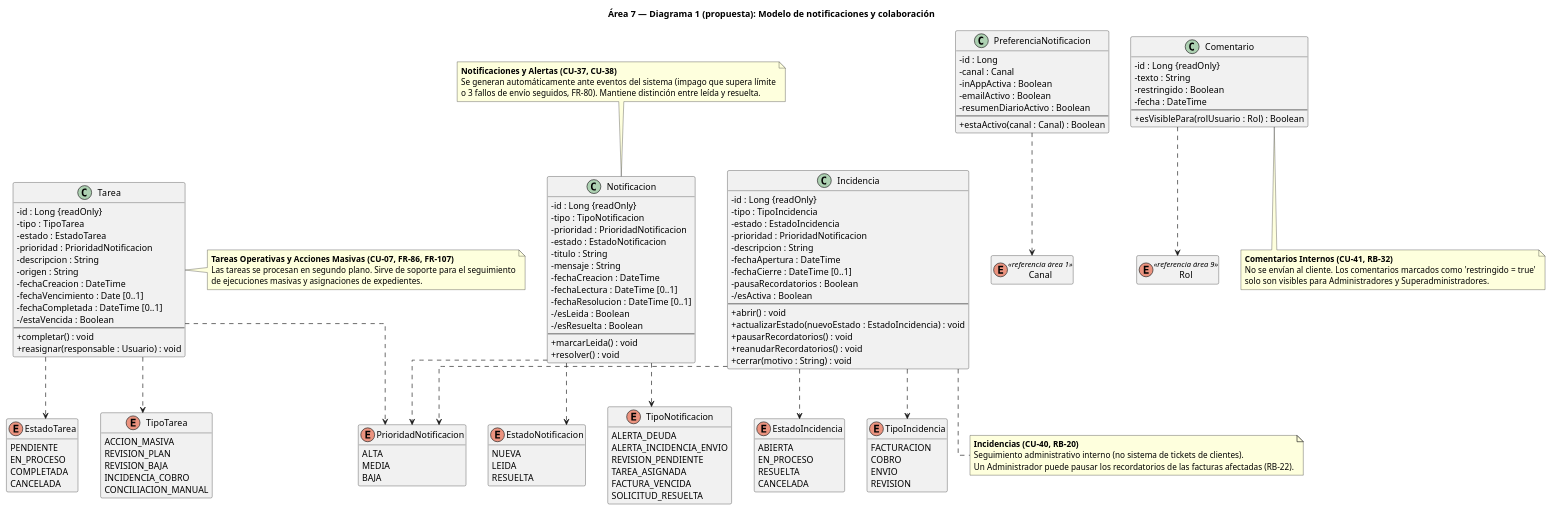
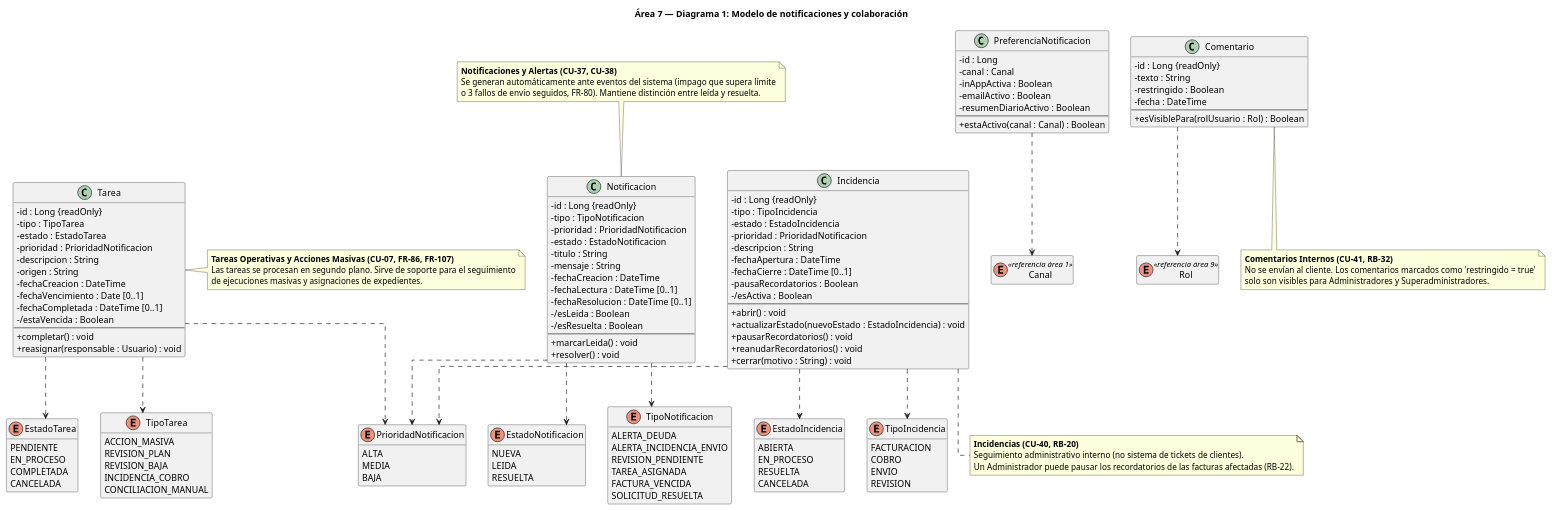
The diagram in Entrega2_GrupoBebes/entrega2/diagramas/clases/area07/area7_1_modelo_notificaciones.puml (naybetaomar/AyDA-ProyectoBebes), drawn with PlantUML before and after one commit. The commit also changed 98 other files, not shown here.

Commit message:
Ajuste de los diagramas de secuencia, generacion de imagenes para el PDF

```diff
--- a/Entrega2_GrupoBebes/entrega2/diagramas/clases/area07/area7_1_modelo_notificaciones.puml
+++ b/Entrega2_GrupoBebes/entrega2/diagramas/clases/area07/area7_1_modelo_notificaciones.puml
@@ -1,169 +1,169 @@
 @startuml area7_1
 
 skinparam classAttributeIconSize 0
 skinparam linetype ortho
 hide empty members
 
-title Área 7 — Diagrama 1 (propuesta): Modelo de notificaciones y colaboración
+title Área 7 — Diagrama 1: Modelo de notificaciones y colaboración
 
 class Notificacion {
     - id : Long {readOnly}
     - tipo : TipoNotificacion
     - prioridad : PrioridadNotificacion
     - estado : EstadoNotificacion
     - titulo : String
     - mensaje : String
     - fechaCreacion : DateTime
     - fechaLectura : DateTime [0..1]
     - fechaResolucion : DateTime [0..1]
     - /esLeida : Boolean
     - /esResuelta : Boolean
     --
     + marcarLeida() : void
     + resolver() : void
 }
 
 class PreferenciaNotificacion {
     - id : Long
     - canal : Canal
     - inAppActiva : Boolean
     - emailActivo : Boolean
     - resumenDiarioActivo : Boolean
     --
     + estaActivo(canal : Canal) : Boolean
 }
 
 class Incidencia {
     - id : Long {readOnly}
     - tipo : TipoIncidencia
     - estado : EstadoIncidencia
     - prioridad : PrioridadNotificacion
     - descripcion : String
     - fechaApertura : DateTime
     - fechaCierre : DateTime [0..1]
     - pausaRecordatorios : Boolean
     - /esActiva : Boolean
     --
     + abrir() : void
     + actualizarEstado(nuevoEstado : EstadoIncidencia) : void
     + pausarRecordatorios() : void
     + reanudarRecordatorios() : void
     + cerrar(motivo : String) : void
 }
 
 class Comentario {
     - id : Long {readOnly}
     - texto : String
     - restringido : Boolean
     - fecha : DateTime
     --
     + esVisiblePara(rolUsuario : Rol) : Boolean
 }
 
 class Tarea {
     - id : Long {readOnly}
     - tipo : TipoTarea
     - estado : EstadoTarea
     - prioridad : PrioridadNotificacion
     - descripcion : String
     - origen : String
     - fechaCreacion : DateTime
     - fechaVencimiento : Date [0..1]
     - fechaCompletada : DateTime [0..1]
     - /estaVencida : Boolean
     --
     + completar() : void
     + reasignar(responsable : Usuario) : void
 }
 
 enum EstadoNotificacion {
     NUEVA
     LEIDA
     RESUELTA
 }
 
 enum PrioridadNotificacion {
     ALTA
     MEDIA
     BAJA
 }
 
 enum TipoNotificacion {
     ALERTA_DEUDA
     ALERTA_INCIDENCIA_ENVIO
     REVISION_PENDIENTE
     TAREA_ASIGNADA
     FACTURA_VENCIDA
     SOLICITUD_RESUELTA
 }
 
 enum EstadoIncidencia {
     ABIERTA
     EN_PROCESO
     RESUELTA
     CANCELADA
 }
 
 enum TipoIncidencia {
     FACTURACION
     COBRO
     ENVIO
     REVISION
 }
 
 enum EstadoTarea {
     PENDIENTE
     EN_PROCESO
     COMPLETADA
     CANCELADA
 }
 
 enum TipoTarea {
     ACCION_MASIVA
     REVISION_PLAN
     REVISION_BAJA
     INCIDENCIA_COBRO
     CONCILIACION_MANUAL
 }
 
 enum Canal <<referencia área 1>>
 
 enum Rol <<referencia área 9>>
 
 Notificacion ..> EstadoNotificacion
 Notificacion ..> PrioridadNotificacion
 Notificacion ..> TipoNotificacion
 PreferenciaNotificacion ..> Canal
 Incidencia ..> EstadoIncidencia
 Incidencia ..> TipoIncidencia
 Incidencia ..> PrioridadNotificacion
 Comentario ..> Rol
 Tarea ..> EstadoTarea
 Tarea ..> TipoTarea
 Tarea ..> PrioridadNotificacion
 
 note top of Notificacion
     **Notificaciones y Alertas (CU-37, CU-38)**
     Se generan automáticamente ante eventos del sistema (impago que supera límite
     o 3 fallos de envío seguidos, FR-80). Mantiene distinción entre leída y resuelta.
 end note
 
 note bottom of Incidencia
     **Incidencias (CU-40, RB-20)**
     Seguimiento administrativo interno (no sistema de tickets de clientes).
     Un Administrador puede pausar los recordatorios de las facturas afectadas (RB-22).
 end note
 
 note bottom of Comentario
     **Comentarios Internos (CU-41, RB-32)**
     No se envían al cliente. Los comentarios marcados como 'restringido = true'
     solo son visibles para Administradores y Superadministradores.
 end note
 
 note right of Tarea
     **Tareas Operativas y Acciones Masivas (CU-07, FR-86, FR-107)**
     Las tareas se procesan en segundo plano. Sirve de soporte para el seguimiento
     de ejecuciones masivas y asignaciones de expedientes.
 end note
 
 @enduml
```
